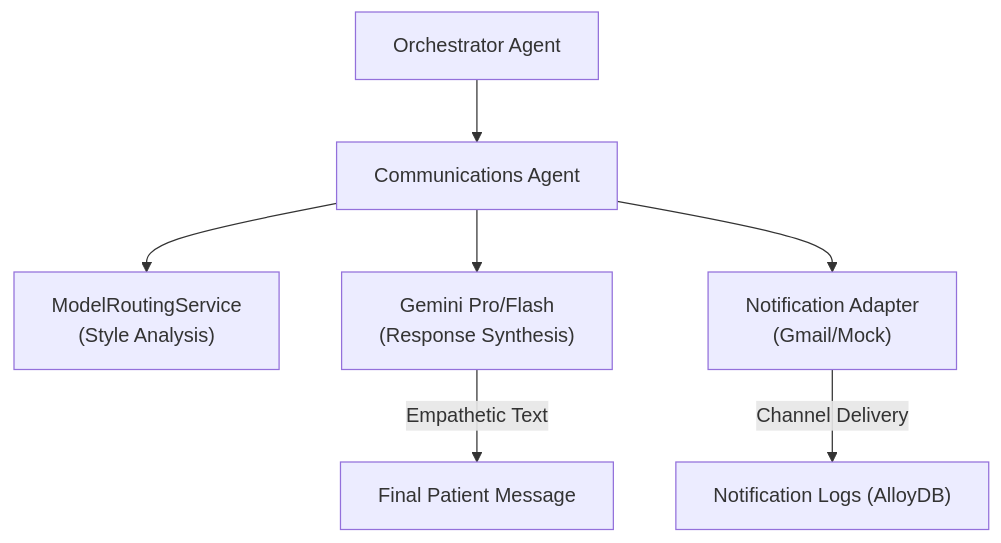
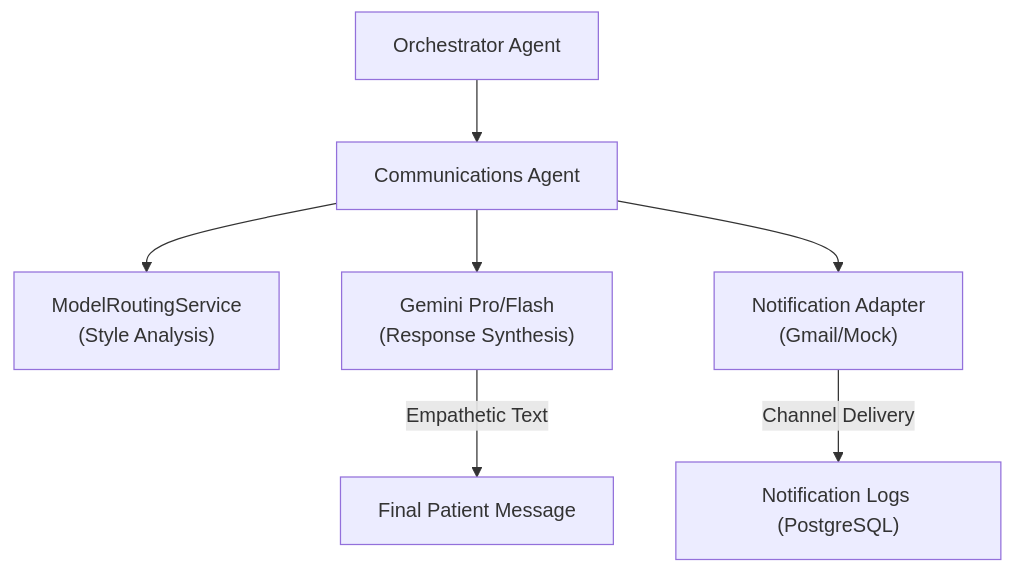
The diagram in docs/Agent_Digrams/communications_agent.md (shreeshbhat04-ctrl/NEXUS-AI-), drawn with Mermaid before and after one commit. The commit also changed other lines of this file and 134 other files, not shown here.

````diff
--- a/docs/Agent_Digrams/communications_agent.md
+++ b/docs/Agent_Digrams/communications_agent.md
@@ -16,10 +16,10 @@
 ```mermaid
 graph TD
     OA["Orchestrator Agent"] --> CA["Communications Agent"]
     CA --> MRS["ModelRoutingService<br/>(Style Analysis)"]
     CA --> GEM["Gemini Pro/Flash<br/>(Response Synthesis)"]
     CA --> NA["Notification Adapter<br/>(Gmail/Mock)"]
     
     GEM -->|"Empathetic Text"| OUT["Final Patient Message"]
-    NA -->|"Channel Delivery"| LOG["Notification Logs (AlloyDB)"]
+    NA -->|"Channel Delivery"| LOG["Notification Logs (PostgreSQL)"]
 ```
````
